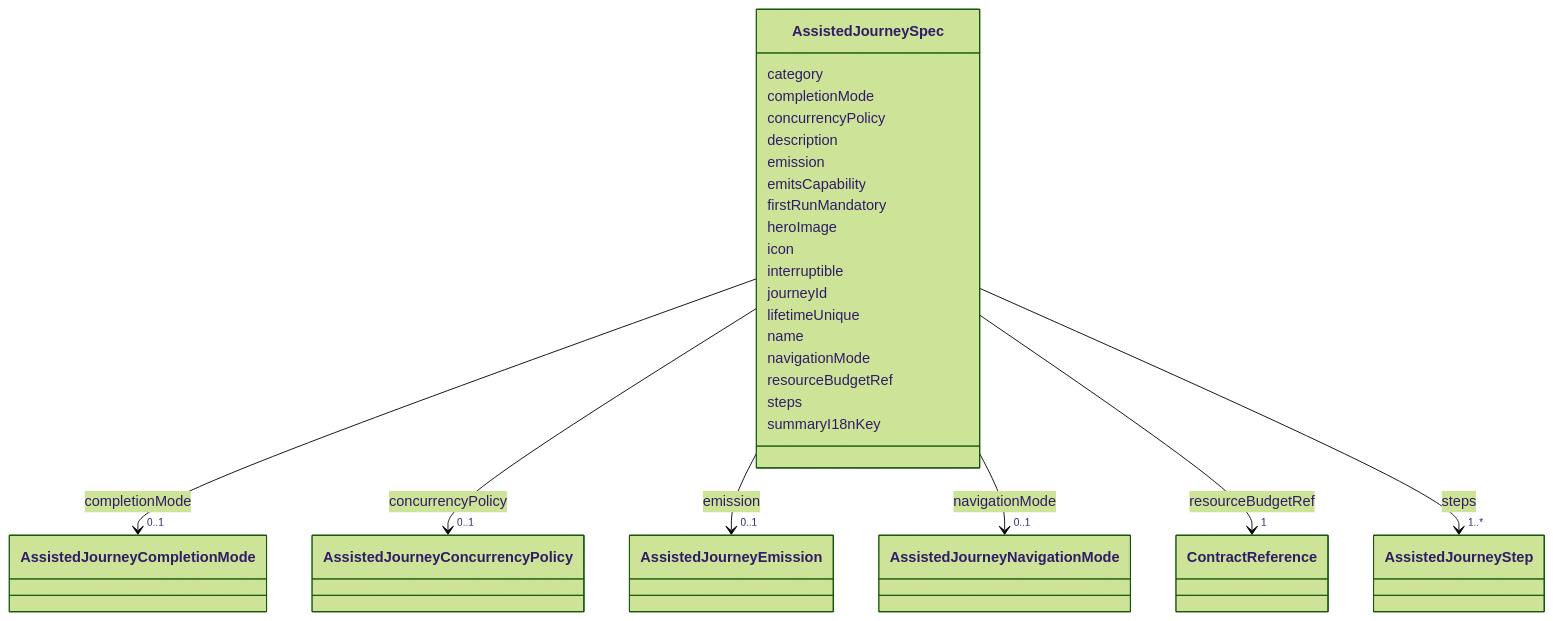
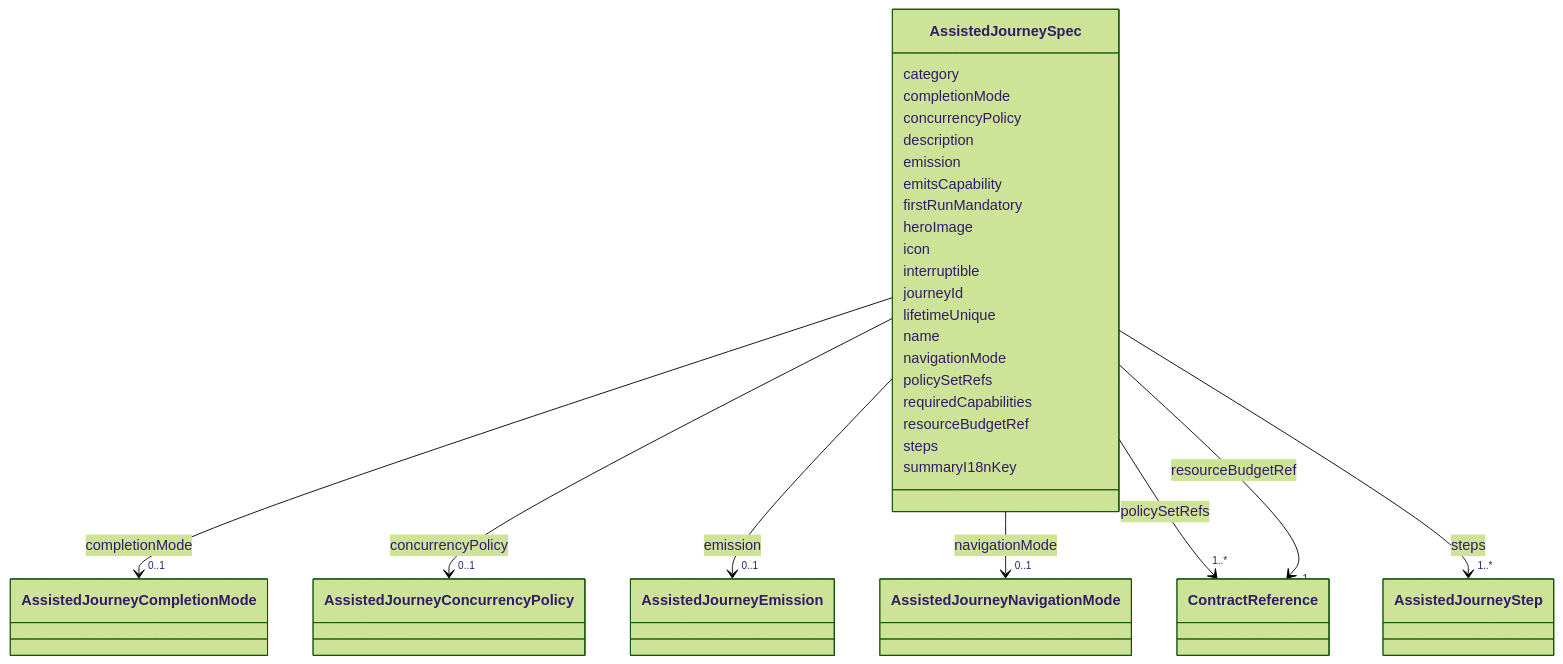
The diagram in metamodel/generated/docs/AssistedJourneySpec.md (open4good/jumo-core), drawn with Mermaid (forest theme) before and after one commit. The commit also changed other lines of this file and 51 other files, not shown here.

```diff
--- a/metamodel/generated/docs/AssistedJourneySpec.md
+++ b/metamodel/generated/docs/AssistedJourneySpec.md
@@ -83,6 +83,19 @@
 
 
 
+      AssistedJourneySpec : policySetRefs
+
+
+
+
+
+        AssistedJourneySpec --> "1..*" ContractReference : policySetRefs
+        click ContractReference href "../ContractReference/"
+
+
+
+      AssistedJourneySpec : requiredCapabilities
+
       AssistedJourneySpec : resourceBudgetRef
 
 
```
